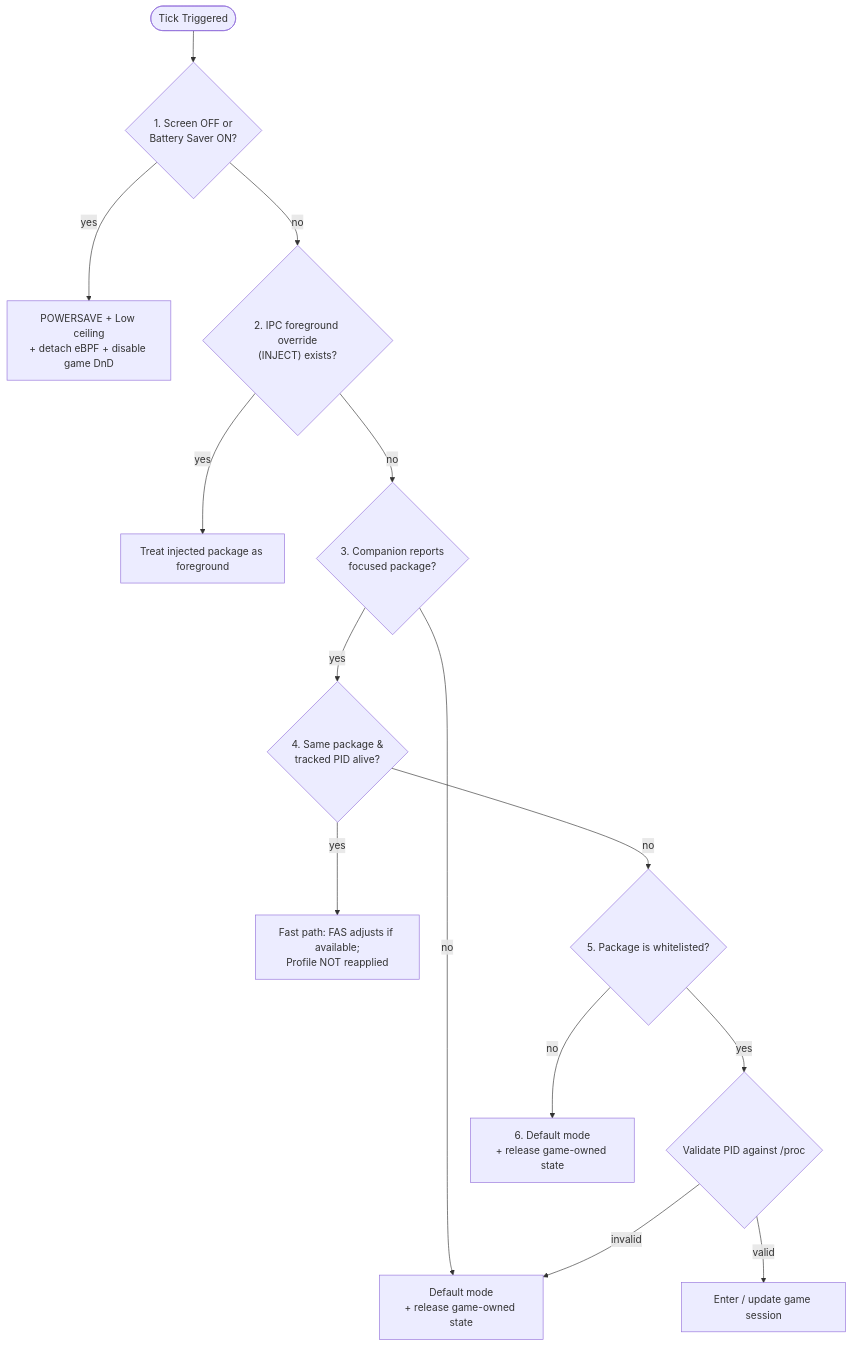
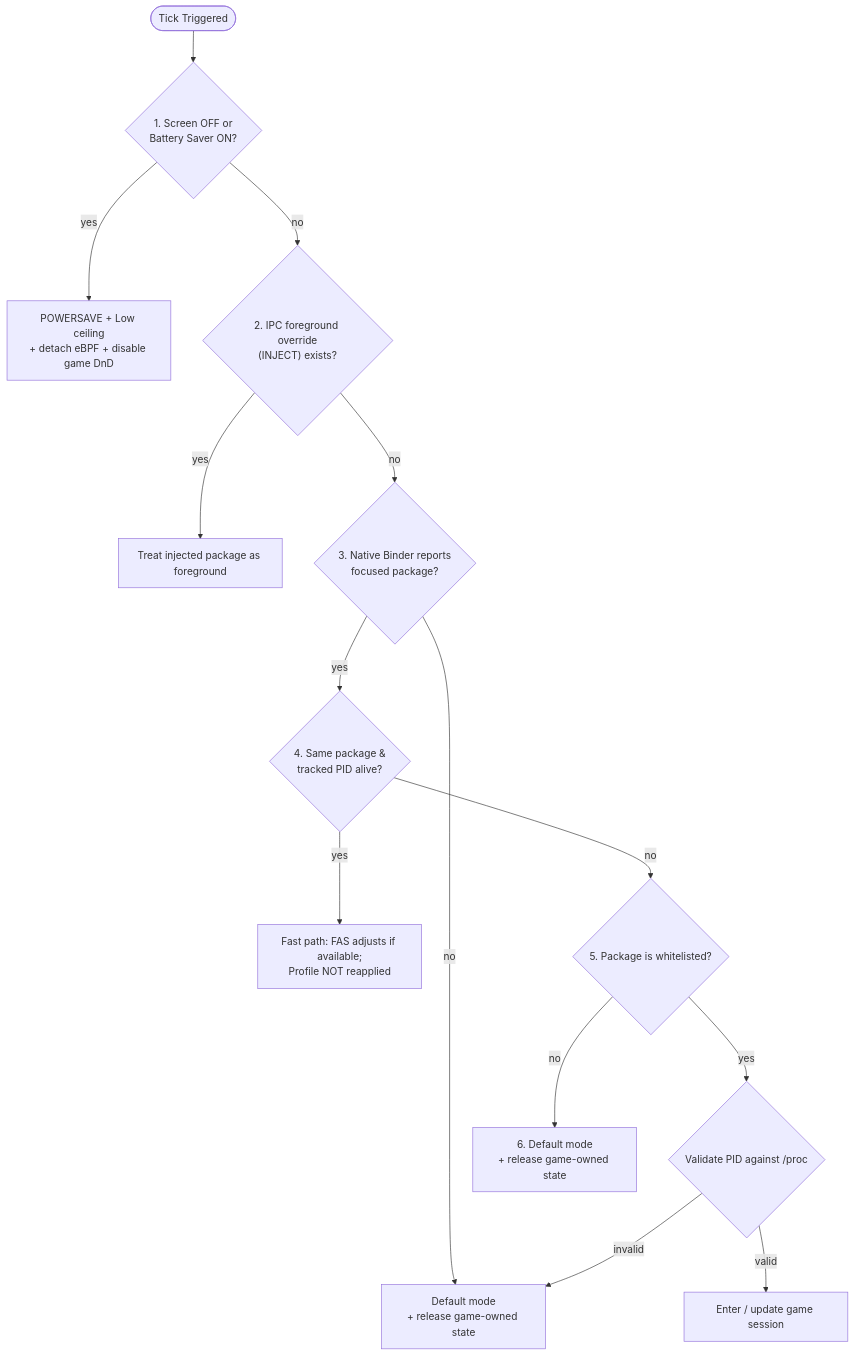
Before and after one commit to pavelc4/auriya-wiki: the diagram in src/content/docs/internals/profile-scheduler.md, drawn with Mermaid. The commit also changed other lines of this file and 23 other files, not shown here.

````diff
--- a/src/content/docs/internals/profile-scheduler.md
+++ b/src/content/docs/internals/profile-scheduler.md
@@ -24,21 +23,21 @@
 ```mermaid
 flowchart TD
     tick([Tick Triggered]) --> branch1{"1. Screen OFF or<br/>Battery Saver ON?"}
     branch1 -->|yes| act1["POWERSAVE + Low ceiling<br/>+ detach eBPF + disable game DnD"]
     branch1 -->|no| branch2{"2. IPC foreground override<br/>(INJECT) exists?"}
 
     branch2 -->|yes| act2["Treat injected package as foreground"]
-    branch2 -->|no| branch3{"3. Companion reports<br/>focused package?"}
+    branch2 -->|no| branch3{"3. Native Binder reports<br/>focused package?"}
 
     branch3 -->|no| act3["Default mode<br/>+ release game-owned state"]
     branch3 -->|yes| branch4{"4. Same package &<br/>tracked PID alive?"}
 
     branch4 -->|yes| act4["Fast path: FAS adjusts if available;<br/>Profile NOT reapplied"]
     branch4 -->|no| branch5{"5. Package is whitelisted?"}
 
     branch5 -->|yes| val_pid{"Validate PID against /proc"}
     val_pid -->|valid| act5["Enter / update game session"]
     val_pid -->|invalid| act3
 
     branch5 -->|no| act6["6. Default mode<br/>+ release game-owned state"]
 ```
````
